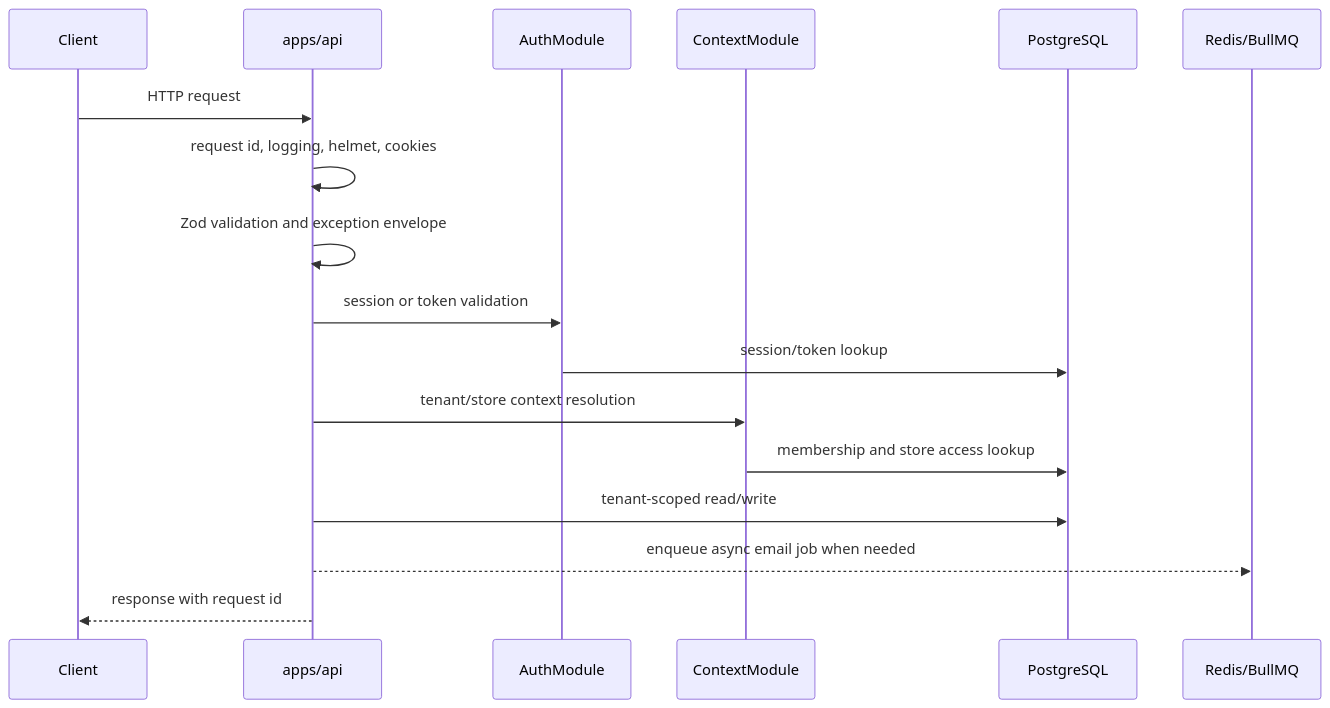
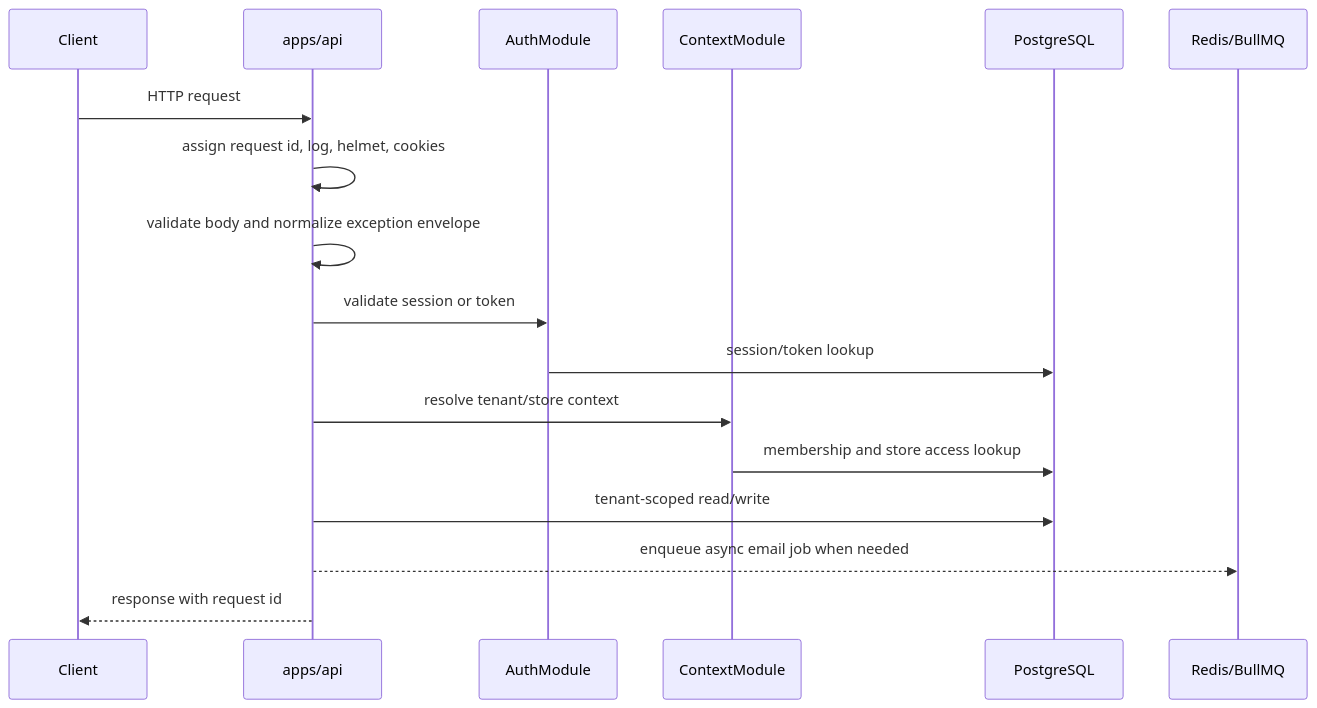
Before and after one commit to Kemetra-Labs/Retail-Tower-Erp: the third of 5 diagrams in services/backend-core/docs/ARCHITECTURE.md, drawn with Mermaid. The commit also changed other lines of this file and 17 other files, not shown here.

````diff
--- a/services/backend-core/docs/ARCHITECTURE.md
+++ b/services/backend-core/docs/ARCHITECTURE.md
@@ -92,20 +105,20 @@
 ```mermaid
 sequenceDiagram
   participant Client
   participant API as apps/api
   participant Auth as AuthModule
   participant Context as ContextModule
   participant DB as PostgreSQL
   participant Queue as Redis/BullMQ
 
   Client->>API: HTTP request
-  API->>API: request id, logging, helmet, cookies
-  API->>API: Zod validation and exception envelope
-  API->>Auth: session or token validation
+  API->>API: assign request id, log, helmet, cookies
+  API->>API: validate body and normalize exception envelope
+  API->>Auth: validate session or token
   Auth->>DB: session/token lookup
-  API->>Context: tenant/store context resolution
+  API->>Context: resolve tenant/store context
   Context->>DB: membership and store access lookup
   API->>DB: tenant-scoped read/write
   API-->>Queue: enqueue async email job when needed
   API-->>Client: response with request id
 ```
````
